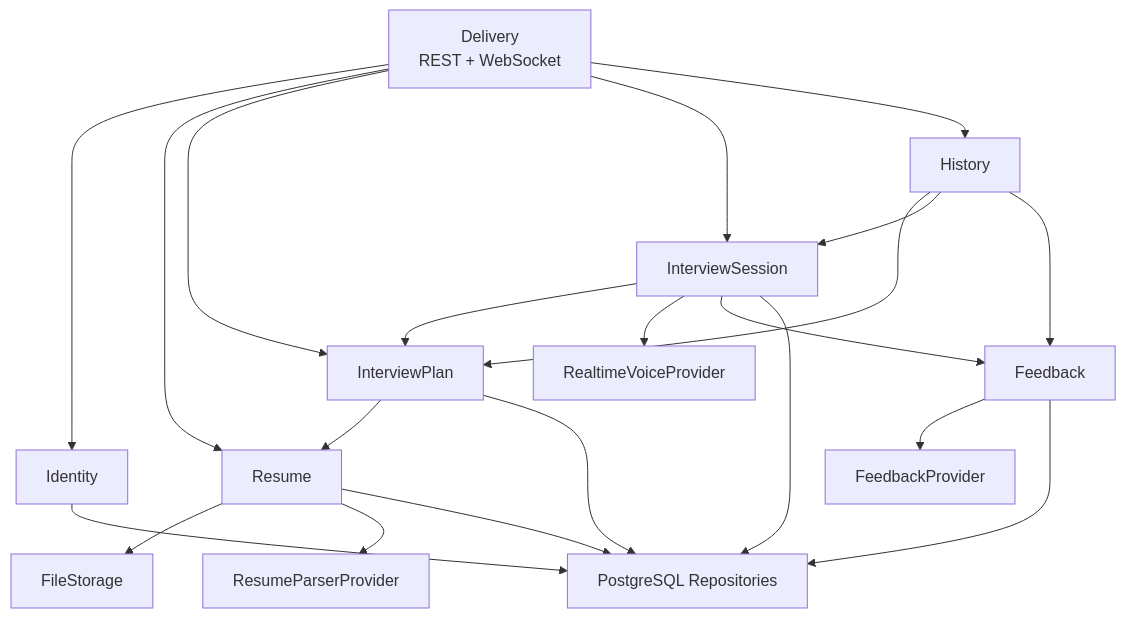
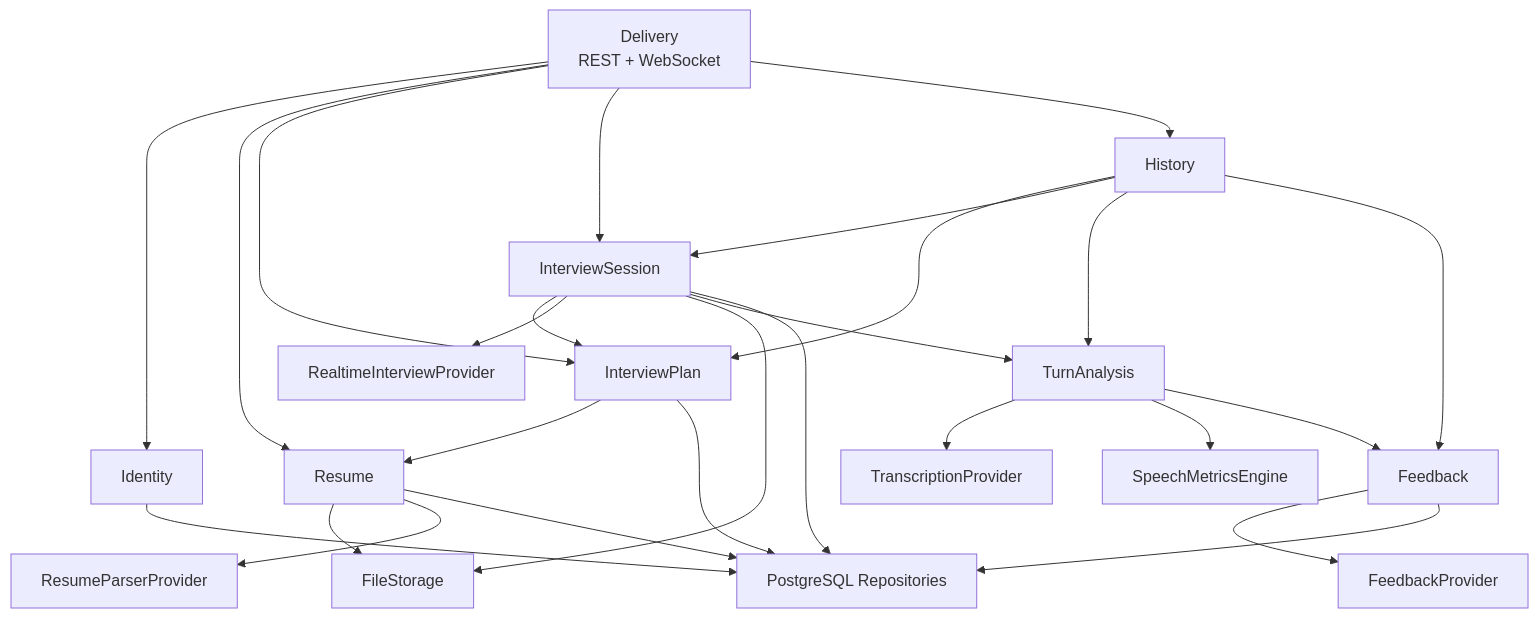
Before and after one commit to Lq0412/ai-en-coach: the third of 12 diagrams in docs/superpowers/specs/2026-07-14-ms1-system-architecture-design.md, drawn with Mermaid. The commit also changed other lines of this file, not shown here.

First line of the commit message:
docs(architecture): 定稿 MS1 系统架构与技术选型

````diff
--- a/docs/superpowers/specs/2026-07-14-ms1-system-architecture-design.md
+++ b/docs/superpowers/specs/2026-07-14-ms1-system-architecture-design.md
@@ -131,25 +172,30 @@
 ```mermaid
 flowchart TB
   Delivery["Delivery\nREST + WebSocket"] --> Identity["Identity"]
   Delivery --> Resume["Resume"]
   Delivery --> Plan["InterviewPlan"]
   Delivery --> Session["InterviewSession"]
   Delivery --> History["History"]
 
   Resume --> Storage["FileStorage"]
   Resume --> ResumeParser["ResumeParserProvider"]
   Plan --> Resume
   Session --> Plan
-  Session --> Voice["RealtimeVoiceProvider"]
-  Session --> Feedback["Feedback"]
+  Session --> Voice["RealtimeInterviewProvider"]
+  Session --> Storage
+  Session --> Analysis["TurnAnalysis"]
+  Analysis --> ASR["TranscriptionProvider"]
+  Analysis --> Metrics["SpeechMetricsEngine"]
+  Analysis --> Feedback["Feedback"]
   Feedback --> FeedbackProvider["FeedbackProvider"]
   History --> Plan
   History --> Session
+  History --> Analysis
   History --> Feedback
 
   Identity --> Persistence["PostgreSQL Repositories"]
   Resume --> Persistence
   Plan --> Persistence
   Session --> Persistence
   Feedback --> Persistence
 ```
````
